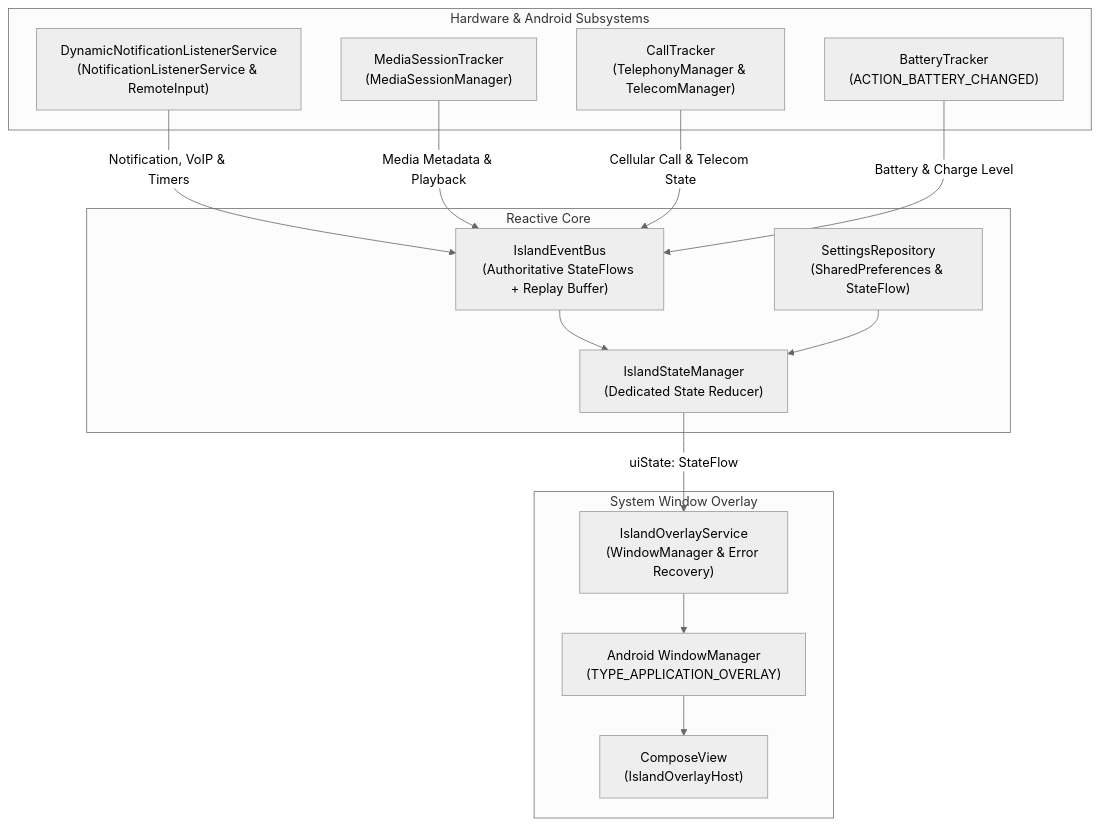
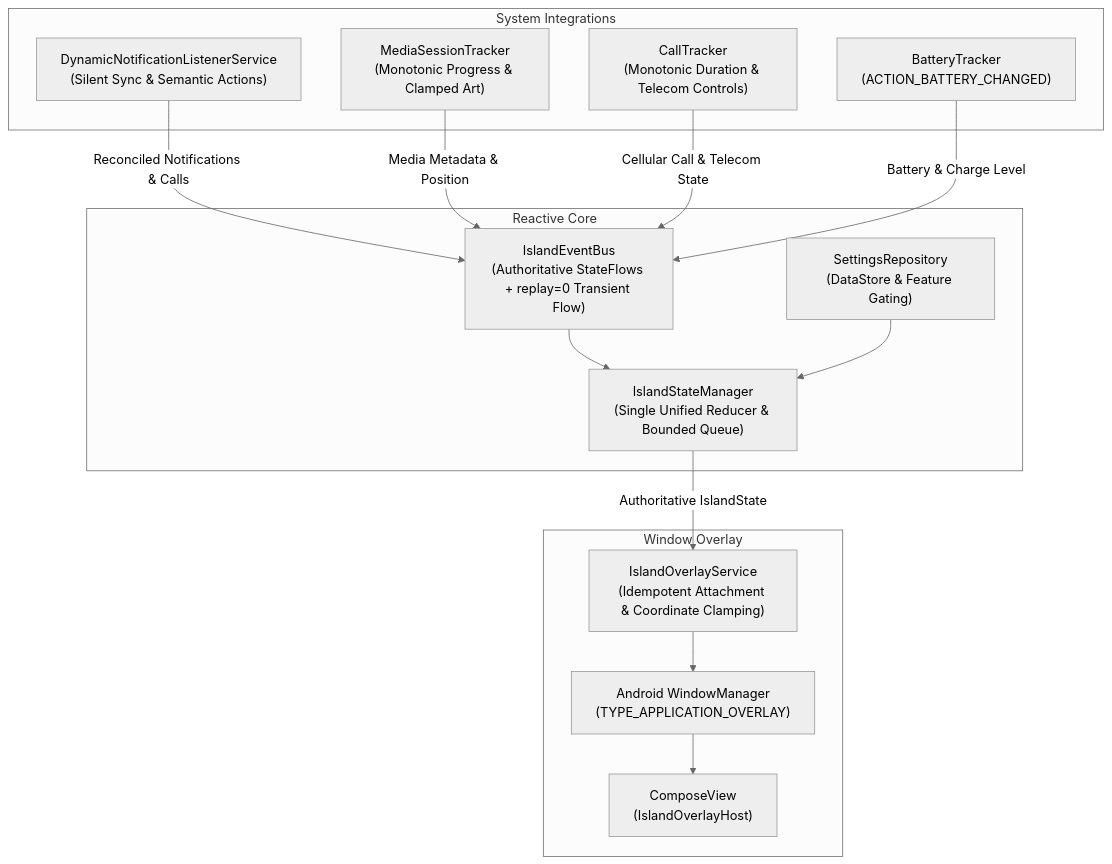
Before and after one commit to louicastro/Android-dynamic-island: the diagram in README.md, drawn with Mermaid (neutral theme). The commit also changed other lines of this file and 20 other files, not shown here.

Commit message:
Comprehensive audit fix: unified state reducer, multi-source call management, monotonic timestamps, bounded queue, and hardware geometry alignment

````diff
--- a/README.md
+++ b/README.md
@@ -54,33 +68,33 @@
 ```mermaid
 flowchart TD
-    subgraph Hardware & Android Subsystems
-        NotifService["DynamicNotificationListenerService\n(NotificationListenerService & RemoteInput)"]
-        MediaTrack["MediaSessionTracker\n(MediaSessionManager)"]
-        CallTrack["CallTracker\n(TelephonyManager & TelecomManager)"]
+    subgraph System Integrations
+        NotifService["DynamicNotificationListenerService\n(Silent Sync & Semantic Actions)"]
+        MediaTrack["MediaSessionTracker\n(Monotonic Progress & Clamped Art)"]
+        CallTrack["CallTracker\n(Monotonic Duration & Telecom Controls)"]
         BattTrack["BatteryTracker\n(ACTION_BATTERY_CHANGED)"]
     end
 
     subgraph Reactive Core
-        EventBus["IslandEventBus\n(Authoritative StateFlows + Replay Buffer)"]
-        StateManager["IslandStateManager\n(Dedicated State Reducer)"]
-        SettingsRepo["SettingsRepository\n(SharedPreferences & StateFlow)"]
+        EventBus["IslandEventBus\n(Authoritative StateFlows + replay=0 Transient Flow)"]
+        StateManager["IslandStateManager\n(Single Unified Reducer & Bounded Queue)"]
+        SettingsRepo["SettingsRepository\n(DataStore & Feature Gating)"]
     end
 
-    subgraph System Window Overlay
-        OverlayService["IslandOverlayService\n(WindowManager & Error Recovery)"]
+    subgraph Window Overlay
+        OverlayService["IslandOverlayService\n(Idempotent Attachment & Coordinate Clamping)"]
         WindowManager["Android WindowManager\n(TYPE_APPLICATION_OVERLAY)"]
         ComposeOverlay["ComposeView\n(IslandOverlayHost)"]
     end
 
-    NotifService -->|Notification, VoIP & Timers| EventBus
-    MediaTrack -->|Media Metadata & Playback| EventBus
+    NotifService -->|Reconciled Notifications & Calls| EventBus
+    MediaTrack -->|Media Metadata & Position| EventBus
     CallTrack -->|Cellular Call & Telecom State| EventBus
     BattTrack -->|Battery & Charge Level| EventBus
 
     EventBus --> StateManager
     SettingsRepo --> StateManager
-    StateManager -->|uiState: StateFlow| OverlayService
+    StateManager -->|Authoritative IslandState| OverlayService
 
     OverlayService --> WindowManager
     WindowManager --> ComposeOverlay
 ```
````
